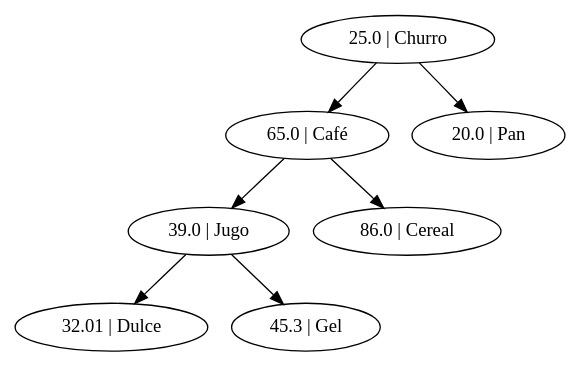
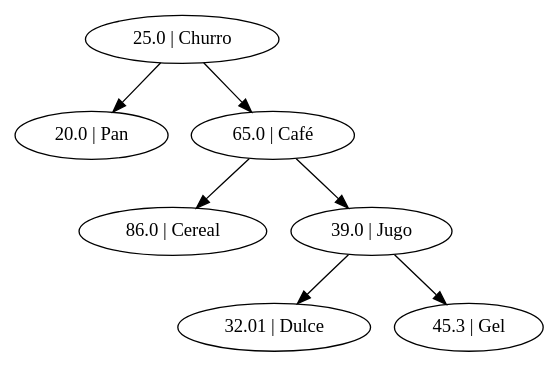
One commit to BryanBlacks/Algoritmos-y-Estructuras-de-Datos changed the diagram in Unidad I/PAC III 2019/Proyecto 1/Python/Memoria/test.dot. Above: the diagram before and after it, drawn with Graphviz. The commit also changed other lines of this file and 8 other files, not shown here.

```diff
--- a/Unidad I/PAC III 2019/Proyecto 1/Python/Memoria/test.dot
+++ b/Unidad I/PAC III 2019/Proyecto 1/Python/Memoria/test.dot
@@ -1,8 +1,8 @@
 strict digraph  {
+	"25.0 | Churro" -> "20.0 | Pan";
+	"25.0 | Churro" -> "65.0 | Café";
+	"65.0 | Café" -> "86.0 | Cereal";
+	"65.0 | Café" -> "39.0 | Jugo";
 	"39.0 | Jugo" -> "32.01 | Dulce";
 	"39.0 | Jugo" -> "45.3 | Gel";
-	"65.0 | Café" -> "39.0 | Jugo";
-	"65.0 | Café" -> "86.0 | Cereal";
-	"25.0 | Churro" -> "65.0 | Café";
-	"25.0 | Churro" -> "20.0 | Pan";
 }
```
